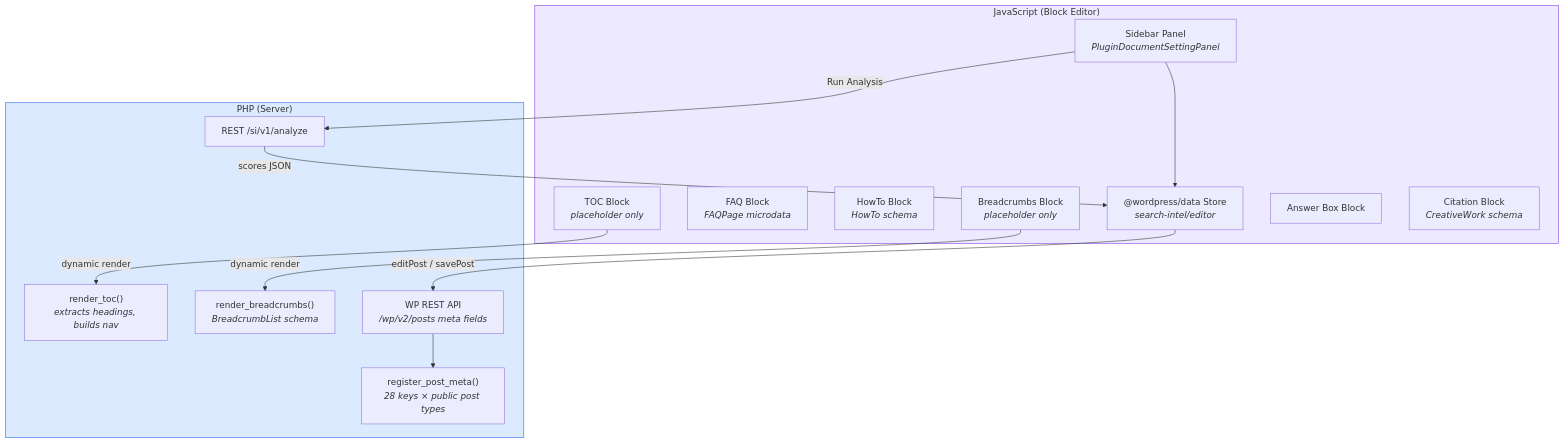
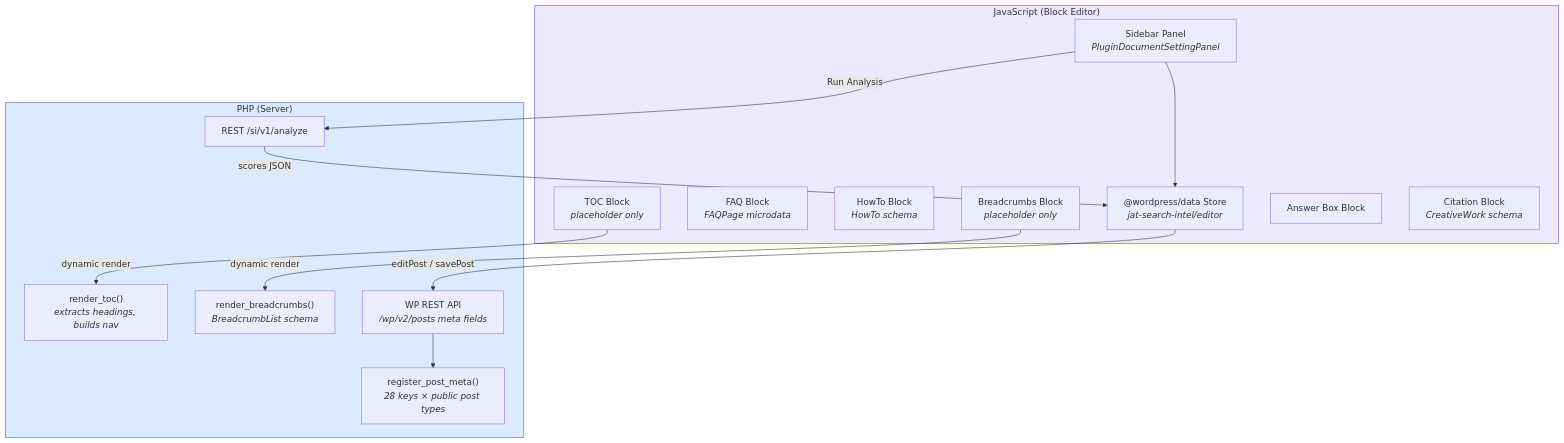
The ninth of 14 diagrams in README.md (CptNope/JAT-Search-Intel), drawn with Mermaid before and after one commit. The commit also changed other lines of this file and 159 other files, not shown here.

First line of the commit message:
Rename every identifier to jat-search-intel / jat_search_intel / JAT_Search_Intel

````diff
--- a/README.md
+++ b/README.md
@@ -797,34 +797,34 @@
 ```mermaid
 flowchart TD
     subgraph JS["JavaScript (Block Editor)"]
-        STORE["@wordpress/data Store<br/><i>search-intel/editor</i>"]
+        STORE["@wordpress/data Store<br/><i>jat-search-intel/editor</i>"]
         SIDEBAR["Sidebar Panel<br/><i>PluginDocumentSettingPanel</i>"]
         BLK_FAQ["FAQ Block<br/><i>FAQPage microdata</i>"]
         BLK_HOWTO["HowTo Block<br/><i>HowTo schema</i>"]
         BLK_TOC["TOC Block<br/><i>placeholder only</i>"]
         BLK_CRUMB["Breadcrumbs Block<br/><i>placeholder only</i>"]
         BLK_ANS["Answer Box Block"]
         BLK_CITE["Citation Block<br/><i>CreativeWork schema</i>"]
     end
 
     subgraph PHP["PHP (Server)"]
         META_REG["register_post_meta()<br/><i>28 keys × public post types</i>"]
         RENDER_TOC["render_toc()<br/><i>extracts headings, builds nav</i>"]
         RENDER_BC["render_breadcrumbs()<br/><i>BreadcrumbList schema</i>"]
         REST["WP REST API<br/><i>/wp/v2/posts meta fields</i>"]
         ANALYZE["REST /si/v1/analyze"]
     end
 
     SIDEBAR --> STORE
     STORE -->|"editPost / savePost"| REST
     REST --> META_REG
 
     BLK_TOC -->|"dynamic render"| RENDER_TOC
     BLK_CRUMB -->|"dynamic render"| RENDER_BC
 
     SIDEBAR -->|"Run Analysis"| ANALYZE
     ANALYZE -->|"scores JSON"| STORE
 
     style JS fill:#ede9fe,stroke:#7c3aed
     style PHP fill:#dbeafe,stroke:#2563eb
 ```
````
